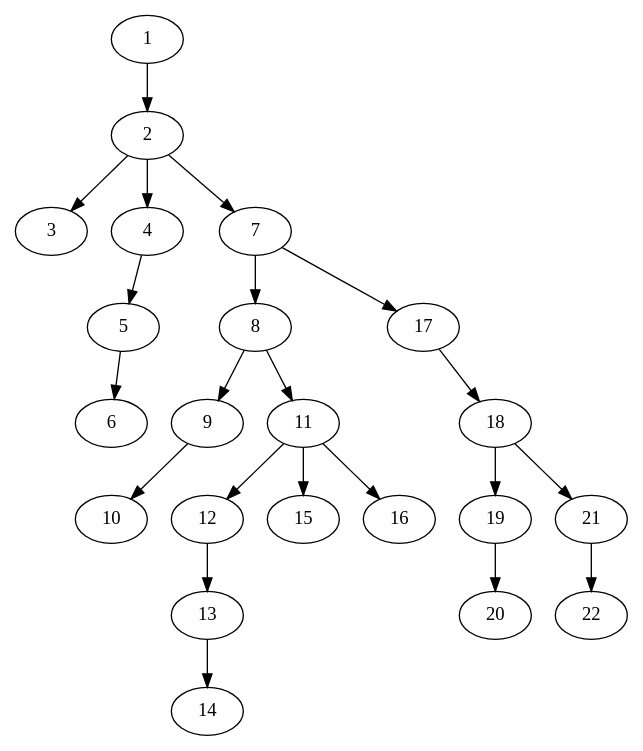
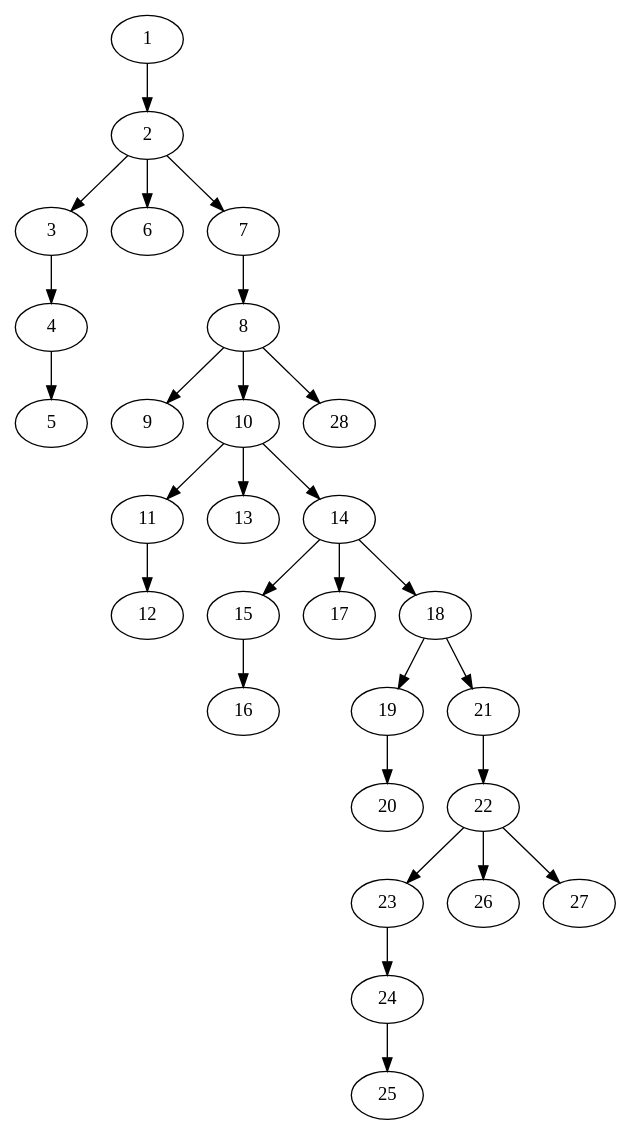
The diagram in caspian/src/ast_stuff.dot (Ajax12345/caspian-lang), drawn with Graphviz before and after one commit. The commit also changed 6 other files, not shown here.

```diff
--- a/caspian/src/ast_stuff.dot
+++ b/caspian/src/ast_stuff.dot
@@ -1,23 +1,29 @@
 strict digraph "" {
 	1 -> 2;
 	2 -> 3;
-	2 -> 4;
+	2 -> 6;
 	2 -> 7;
+	3 -> 4;
 	4 -> 5;
-	5 -> 6;
 	7 -> 8;
-	7 -> 17;
 	8 -> 9;
-	8 -> 11;
-	9 -> 10;
+	8 -> 10;
+	8 -> 28;
+	10 -> 11;
+	10 -> 13;
+	10 -> 14;
 	11 -> 12;
-	11 -> 15;
-	11 -> 16;
-	12 -> 13;
-	13 -> 14;
-	17 -> 18;
+	14 -> 15;
+	14 -> 17;
+	14 -> 18;
+	15 -> 16;
 	18 -> 19;
 	18 -> 21;
 	19 -> 20;
 	21 -> 22;
+	22 -> 23;
+	22 -> 26;
+	22 -> 27;
+	23 -> 24;
+	24 -> 25;
 }
```
